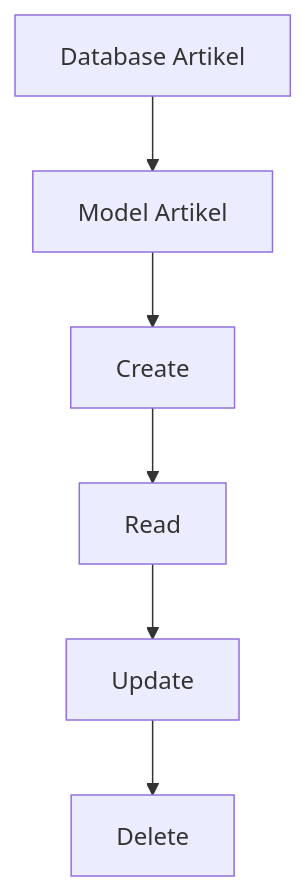
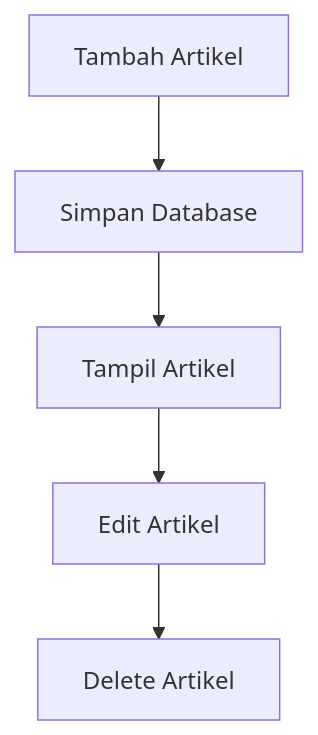
Before and after one commit to dnrprsty/Web2_Praktikum: the fourth of 10 diagrams in README.md, drawn with Mermaid. The commit also changed other lines of this file, not shown here.

````diff
--- a/README.md
+++ b/README.md
@@ -80,8 +242,7 @@
 ```mermaid
 flowchart TD
-    A[Database Artikel] --> B[Model Artikel]
-    B --> C[Create]
-    C --> D[Read]
-    D --> E[Update]
-    E --> F[Delete]
+    A[Tambah Artikel] --> B[Simpan Database]
+    B --> C[Tampil Artikel]
+    C --> D[Edit Artikel]
+    D --> E[Delete Artikel]
 ```
````
